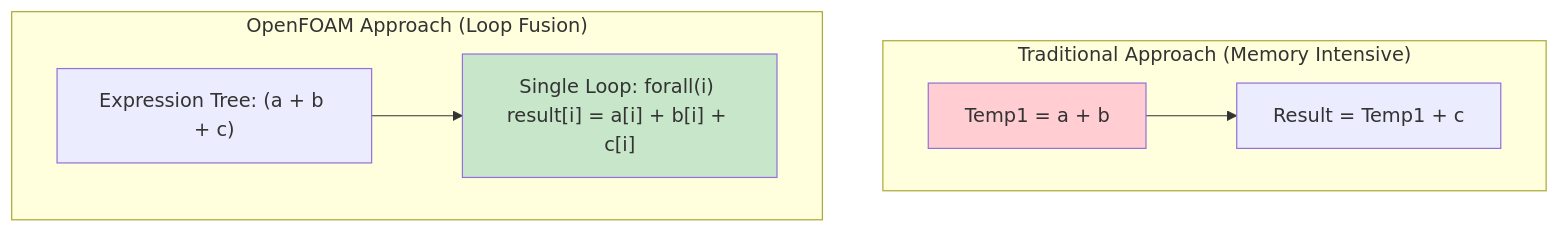
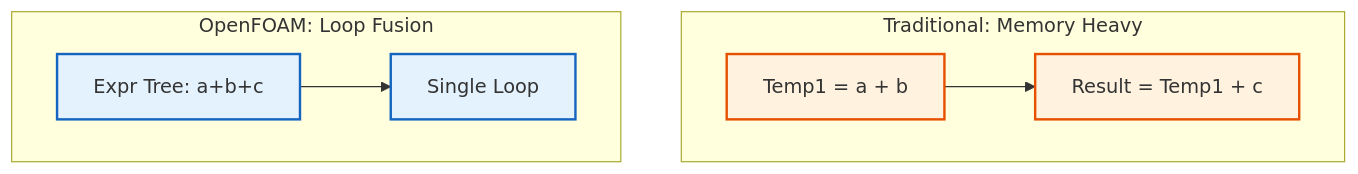
The fourth of 4 diagrams in MODULE_05_OPENFOAM_PROGRAMMING/CONTENT/05_FIELDS_GEOMETRICFIELDS/05_Mathematical_Type_Theory.md (wramet/build-my-cfd), drawn with Mermaid before and after one commit. The commit also changed other lines of this file and 313 other files, not shown here.

Commit message:
Revise all diagram

````diff
--- a/MODULE_05_OPENFOAM_PROGRAMMING/CONTENT/05_FIELDS_GEOMETRICFIELDS/05_Mathematical_Type_Theory.md
+++ b/MODULE_05_OPENFOAM_PROGRAMMING/CONTENT/05_FIELDS_GEOMETRICFIELDS/05_Mathematical_Type_Theory.md
@@ -312,12 +322,14 @@
 ```mermaid
 graph TD
-    subgraph "Traditional Approach (Memory Intensive)"
-        T1["Temp1 = a + b"] --> T2["Result = Temp1 + c"]
-        style T1 fill:#ffcdd2
-    end
+%% Classes
+classDef explicit fill:#fff3e0,stroke:#e65100,stroke-width:2px;
+classDef implicit fill:#e3f2fd,stroke:#1565c0,stroke-width:2px;
+%% Subgraphs
+subgraph Trad [Traditional: Memory Heavy]
+    T1[Temp1 = a + b]:::explicit --> T2[Result = Temp1 + c]:::explicit
+end
 
-    subgraph "OpenFOAM Approach (Loop Fusion)"
-        E["Expression Tree: (a + b + c)"] --> L["Single Loop: forall(i) result[i] = a[i] + b[i] + c[i]"]
-        style L fill:#c8e6c9
-    end
+subgraph OF [OpenFOAM: Loop Fusion]
+    E[Expr Tree: a+b+c]:::implicit --> L[Single Loop]:::implicit
+end
 ```
````
